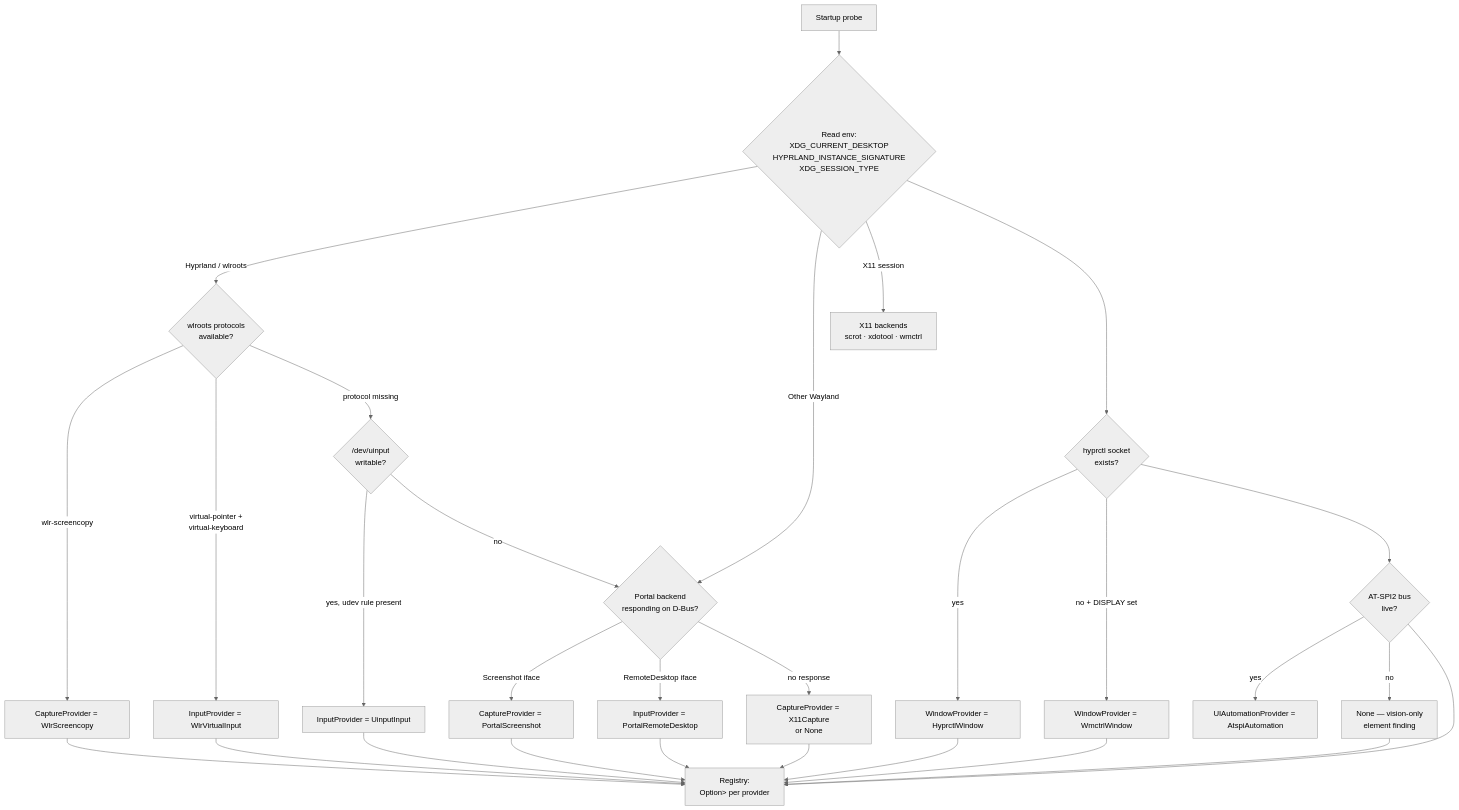
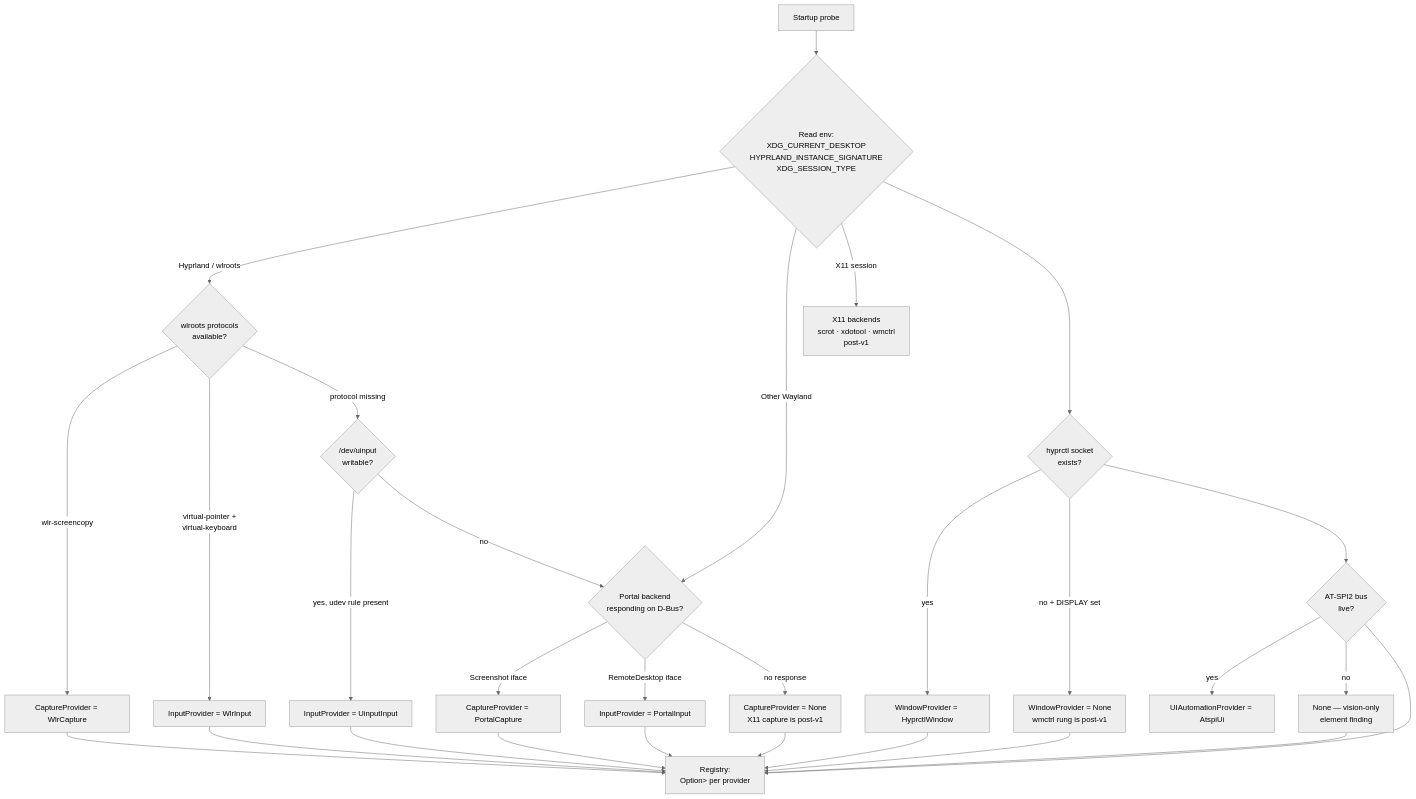
One commit to jxoesneon/ultranix-mcp changed the third of 9 diagrams in docs/ARCHITECTURE.md. Above: the diagram before and after it, drawn with Mermaid (neutral theme). The commit also changed other lines of this file and 51 other files, not shown here.

````diff
--- a/docs/ARCHITECTURE.md
+++ b/docs/ARCHITECTURE.md
@@ -272,31 +274,31 @@
 ```mermaid
 flowchart TD
     START[Startup probe] --> ENV{Read env:<br/>XDG_CURRENT_DESKTOP<br/>HYPRLAND_INSTANCE_SIGNATURE<br/>XDG_SESSION_TYPE}
     ENV -->|Hyprland / wlroots| WLR{wlroots protocols<br/>available?}
     ENV -->|Other Wayland| PORTAL_Q{Portal backend<br/>responding on D-Bus?}
-    ENV -->|X11 session| X11B[X11 backends<br/>scrot · xdotool · wmctrl]
-    WLR -->|wlr-screencopy| CAP_OK[CaptureProvider = WlrScreencopy]
-    WLR -->|virtual-pointer +<br/>virtual-keyboard| IN_OK[InputProvider = WlrVirtualInput]
+    ENV -->|X11 session| X11B[X11 backends<br/>scrot · xdotool · wmctrl<br/>post-v1]
+    WLR -->|wlr-screencopy| CAP_OK[CaptureProvider = WlrCapture]
+    WLR -->|virtual-pointer +<br/>virtual-keyboard| IN_OK[InputProvider = WlrInput]
     WLR -->|protocol missing| UIN_Q{/dev/uinput<br/>writable?}
     UIN_Q -->|yes, udev rule present| UIN_OK[InputProvider = UinputInput]
     UIN_Q -->|no| PORTAL_Q
-    PORTAL_Q -->|Screenshot iface| CAP_P[CaptureProvider = PortalScreenshot]
-    PORTAL_Q -->|RemoteDesktop iface| IN_P[InputProvider = PortalRemoteDesktop]
-    PORTAL_Q -->|no response| CAP_X[CaptureProvider = X11Capture<br/>or None]
+    PORTAL_Q -->|Screenshot iface| CAP_P[CaptureProvider = PortalCapture]
+    PORTAL_Q -->|RemoteDesktop iface| IN_P[InputProvider = PortalInput]
+    PORTAL_Q -->|no response| CAP_X[CaptureProvider = None<br/>X11 capture is post-v1]
     HYPR_Q{hyprctl socket<br/>exists?} -->|yes| WIN_OK[WindowProvider = HyprctlWindow]
-    HYPR_Q -->|no + DISPLAY set| WIN_X[WindowProvider = WmctrlWindow]
-    ATSPI_Q{AT-SPI2 bus<br/>live?} -->|yes| UIA_OK[UIAutomationProvider = AtspiAutomation]
+    HYPR_Q -->|no + DISPLAY set| WIN_X[WindowProvider = None<br/>wmctrl rung is post-v1]
+    ATSPI_Q{AT-SPI2 bus<br/>live?} -->|yes| UIA_OK[UIAutomationProvider = AtspiUi]
     ATSPI_Q -->|no| UIA_NONE[None — vision-only<br/>element finding]
     ENV --> HYPR_Q
     HYPR_Q --> ATSPI_Q
     ATSPI_Q --> DONE[Registry:<br/>Option<Arc<dyn Trait>> per provider]
     CAP_OK --> DONE
     CAP_P --> DONE
     CAP_X --> DONE
     IN_OK --> DONE
     UIN_OK --> DONE
     IN_P --> DONE
     WIN_OK --> DONE
     WIN_X --> DONE
     UIA_NONE --> DONE
 ```
````
